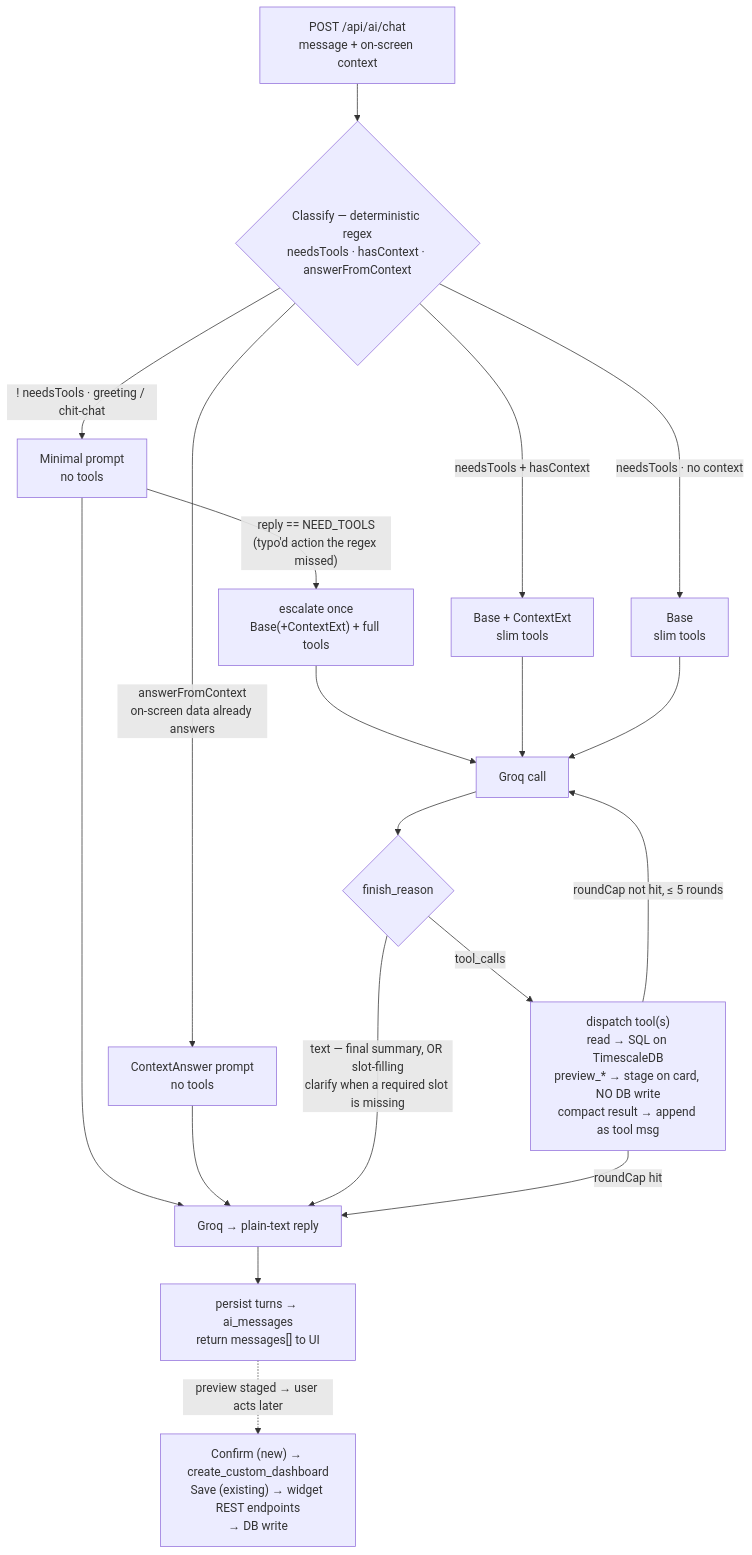
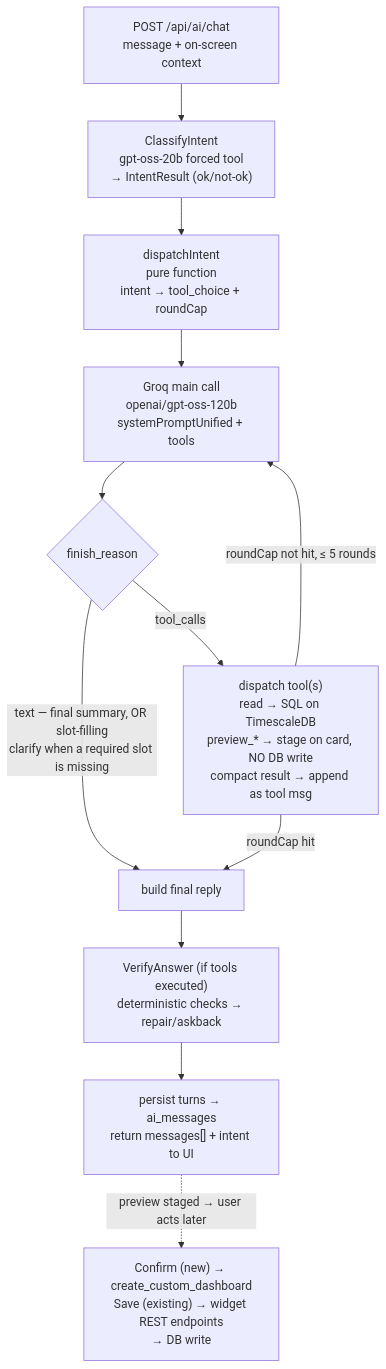
One commit to pepegummo/Project-Dashboard changed the second of 6 diagrams in docs/AI_ARCHITECTURE.md. Above: the diagram before and after it, drawn with Mermaid. The commit also changed other lines of this file and 1 other file, not shown here.

First line of the commit message:
docs(ai): update for shipped router architecture (Phase 2-5)

````diff
--- a/docs/AI_ARCHITECTURE.md
+++ b/docs/AI_ARCHITECTURE.md
@@ -204,25 +213,19 @@
 ```mermaid
 flowchart TD
-    A["POST /api/ai/chat<br/>message + on-screen context"] --> B{"Classify — deterministic regex<br/>needsTools · hasContext · answerFromContext"}
+    A["POST /api/ai/chat<br/>message + on-screen context"] --> ROUTER["ClassifyIntent<br/>gpt-oss-20b forced tool<br/>→ IntentResult (ok/not-ok)"]
 
-    B -->|"! needsTools · greeting / chit-chat"| P1["Minimal prompt<br/>no tools"]
-    B -->|"answerFromContext<br/>on-screen data already answers"| P2["ContextAnswer prompt<br/>no tools"]
-    B -->|"needsTools + hasContext"| P3["Base + ContextExt<br/>slim tools"]
-    B -->|"needsTools · no context"| P4["Base<br/>slim tools"]
+    ROUTER --> DISPATCH["dispatchIntent<br/>pure function<br/>intent → tool_choice + roundCap"]
 
-    P1 --> TXT["Groq → plain-text reply"]
-    P1 -->|"reply == NEED_TOOLS<br/>(typo'd action the regex missed)"| ESC["escalate once<br/>Base(+ContextExt) + full tools"]
-    ESC --> LOOP
-    P2 --> TXT
-    P3 --> LOOP["Groq call"]
-    P4 --> LOOP
+    DISPATCH --> LOOP["Groq main call<br/>openai/gpt-oss-120b<br/>systemPromptUnified + tools"]
 
     LOOP --> D{"finish_reason"}
-    D -->|"text — final summary, OR slot-filling<br/>clarify when a required slot is missing"| TXT
+    D -->|"text — final summary, OR slot-filling<br/>clarify when a required slot is missing"| TXT["build final reply"]
     D -->|"tool_calls"| EXEC["dispatch tool(s)<br/>read → SQL on TimescaleDB<br/>preview_* → stage on card, NO DB write<br/>compact result → append as tool msg"]
     EXEC -->|"roundCap not hit, ≤ 5 rounds"| LOOP
     EXEC -->|"roundCap hit"| TXT
 
-    TXT --> OUT["persist turns → ai_messages<br/>return messages[] to UI"]
+    TXT --> VERIFY["VerifyAnswer (if tools executed)<br/>deterministic checks → repair/askback"]
+
+    VERIFY --> OUT["persist turns → ai_messages<br/>return messages[] + intent to UI"]
     OUT -.->|"preview staged → user acts later"| WRITE["Confirm (new) → create_custom_dashboard<br/>Save (existing) → widget REST endpoints<br/>→ DB write"]
 ```
````
